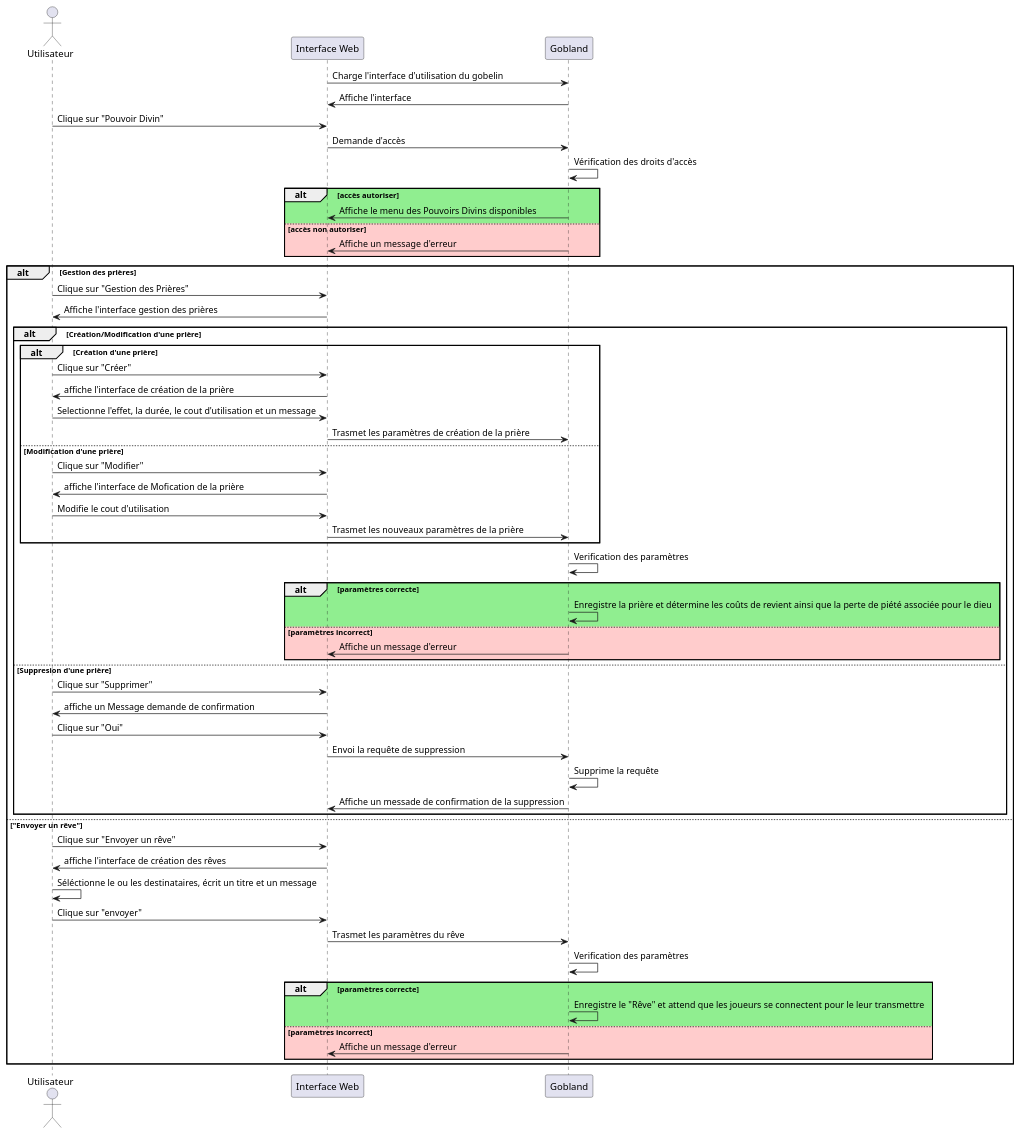
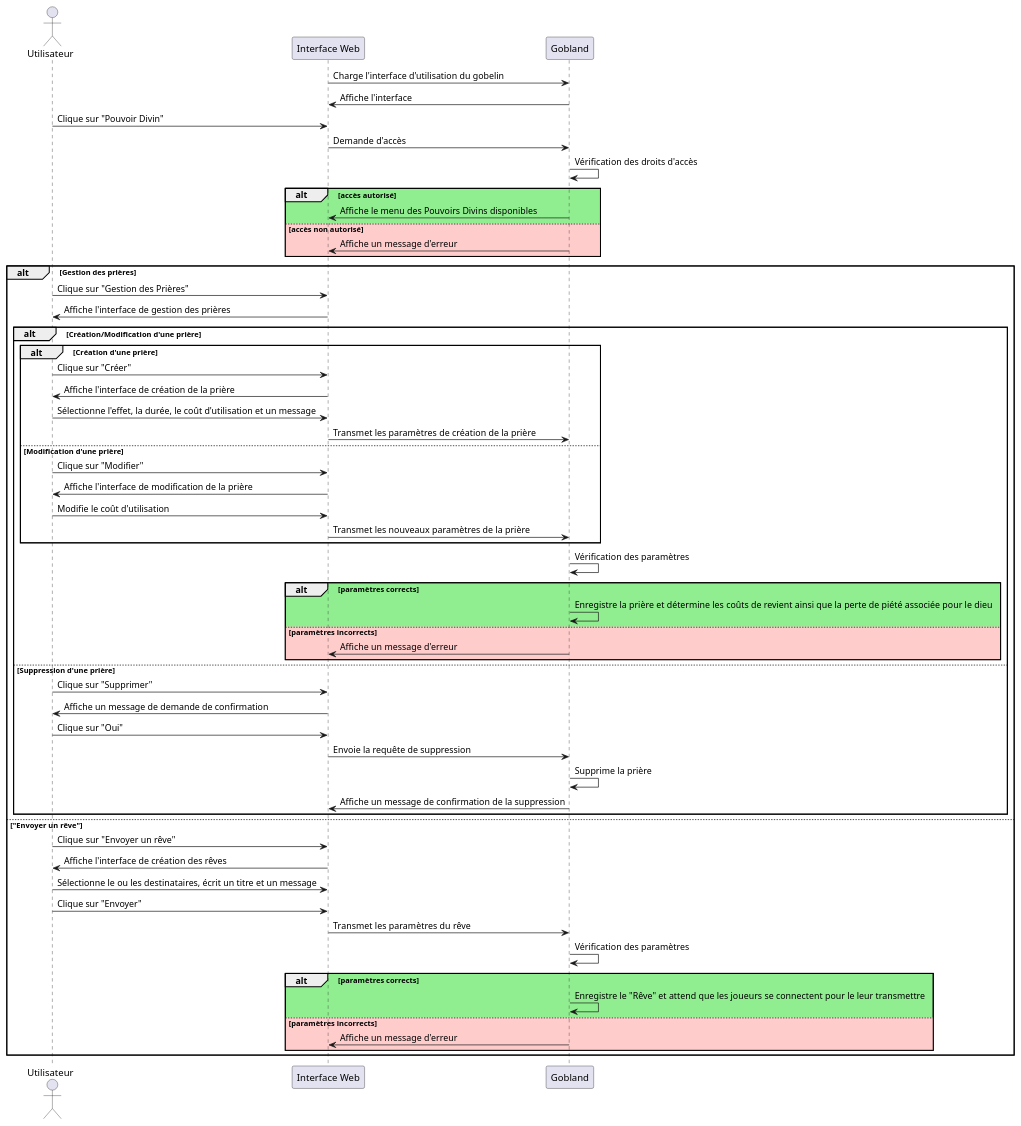
The diagram in docs/UML/sequency/text/sequency_droit_divin.puml (SjSlayde/goblangtest), drawn with PlantUML before and after one commit. The commit also changed 1 other file, not shown here.

Commit message:
diagramme use case , sequency et activity fait pour talent, action basique et droit divin

```diff
--- a/docs/UML/sequency/text/sequency_droit_divin.puml
+++ b/docs/UML/sequency/text/sequency_droit_divin.puml
@@ -1,64 +1,65 @@
 @startuml action_gobelin_sequence
 
 actor Utilisateur
 participant "Interface Web" as UI
 participant "Gobland" as System
 
 UI -> System : Charge l'interface d'utilisation du gobelin
 System -> UI : Affiche l'interface
 
 Utilisateur -> UI : Clique sur "Pouvoir Divin"
 UI -> System : Demande d'accès
 System -> System : Vérification des droits d'accès
 
-alt #lightgreen accès autoriser
+alt #lightgreen accès autorisé
     System -> UI : Affiche le menu des Pouvoirs Divins disponibles
-else #FFCCCC accès non autoriser
+else #FFCCCC accès non autorisé
     System -> UI : Affiche un message d'erreur
 end
 
-
 alt Gestion des prières
     Utilisateur -> UI : Clique sur "Gestion des Prières"
-    UI -> Utilisateur : Affiche l'interface gestion des prières
-        alt Création/Modification d'une prière
-            alt Création d'une prière
-                Utilisateur -> UI : Clique sur "Créer"
-                UI -> Utilisateur : affiche l'interface de création de la prière
-                Utilisateur -> UI : Selectionne l'effet, la durée, le cout d'utilisation et un message
-                UI -> System : Trasmet les paramètres de création de la prière 
-            else Modification d'une prière
-                Utilisateur -> UI : Clique sur "Modifier"
-                UI -> Utilisateur : affiche l'interface de Mofication de la prière
-                Utilisateur -> UI : Modifie le cout d'utilisation
-                UI -> System : Trasmet les nouveaux paramètres de la prière 
-            end
-                System -> System : Verification des paramètres
-                alt #lightgreen paramètres correcte
-                    System -> System :Enregistre la prière et détermine les coûts de revient ainsi que la perte de piété associée pour le dieu
-                else #FFCCCC paramètres incorrect
-                    System -> UI : Affiche un message d'erreur
-                end
-        else Suppresion d'une prière
-             Utilisateur -> UI : Clique sur "Supprimer"
-            UI -> Utilisateur : affiche un Message demande de confirmation
-            Utilisateur -> UI : Clique sur "Oui"
-            UI -> System : Envoi la requête de suppression
-            System -> System : Supprime la requête
-            System -> UI :Affiche un messade de confirmation de la suppression
+    UI -> Utilisateur : Affiche l'interface de gestion des prières
+
+    alt Création/Modification d'une prière
+        alt Création d'une prière
+            Utilisateur -> UI : Clique sur "Créer"
+            UI -> Utilisateur : Affiche l'interface de création de la prière
+            Utilisateur -> UI : Sélectionne l'effet, la durée, le coût d'utilisation et un message
+            UI -> System : Transmet les paramètres de création de la prière 
+        else Modification d'une prière
+            Utilisateur -> UI : Clique sur "Modifier"
+            UI -> Utilisateur : Affiche l'interface de modification de la prière
+            Utilisateur -> UI : Modifie le coût d'utilisation
+            UI -> System : Transmet les nouveaux paramètres de la prière 
         end
+        System -> System : Vérification des paramètres
+        alt #lightgreen paramètres corrects
+            System -> System : Enregistre la prière et détermine les coûts de revient ainsi que la perte de piété associée pour le dieu
+        else #FFCCCC paramètres incorrects
+            System -> UI : Affiche un message d'erreur
+        end
+    else Suppression d'une prière
+        Utilisateur -> UI : Clique sur "Supprimer"
+        UI -> Utilisateur : Affiche un message de demande de confirmation
+        Utilisateur -> UI : Clique sur "Oui"
+        UI -> System : Envoie la requête de suppression
+        System -> System : Supprime la prière
+        System -> UI : Affiche un message de confirmation de la suppression
+    end
 
 else "Envoyer un rêve"
     Utilisateur -> UI : Clique sur "Envoyer un rêve"
-    UI -> Utilisateur : affiche l'interface de création des rêves
-    Utilisateur -> Utilisateur : Séléctionne le ou les destinataires, écrit un titre et un message
-    Utilisateur -> UI : Clique sur "envoyer"
-    UI -> System : Trasmet les paramètres du rêve
-    System -> System : Verification des paramètres
-    alt #lightgreen paramètres correcte
-        System -> System :Enregistre le "Rêve" et attend que les joueurs se connectent pour le leur transmettre
-    else #FFCCCC paramètres incorrect
+    UI -> Utilisateur : Affiche l'interface de création des rêves
+    Utilisateur -> UI : Sélectionne le ou les destinataires, écrit un titre et un message
+    Utilisateur -> UI : Clique sur "Envoyer"
+    UI -> System : Transmet les paramètres du rêve
+    System -> System : Vérification des paramètres
+    alt #lightgreen paramètres corrects
+        System -> System : Enregistre le "Rêve" et attend que les joueurs se connectent pour le leur transmettre
+    else #FFCCCC paramètres incorrects
         System -> UI : Affiche un message d'erreur
     end
 end
+
 @enduml
```
